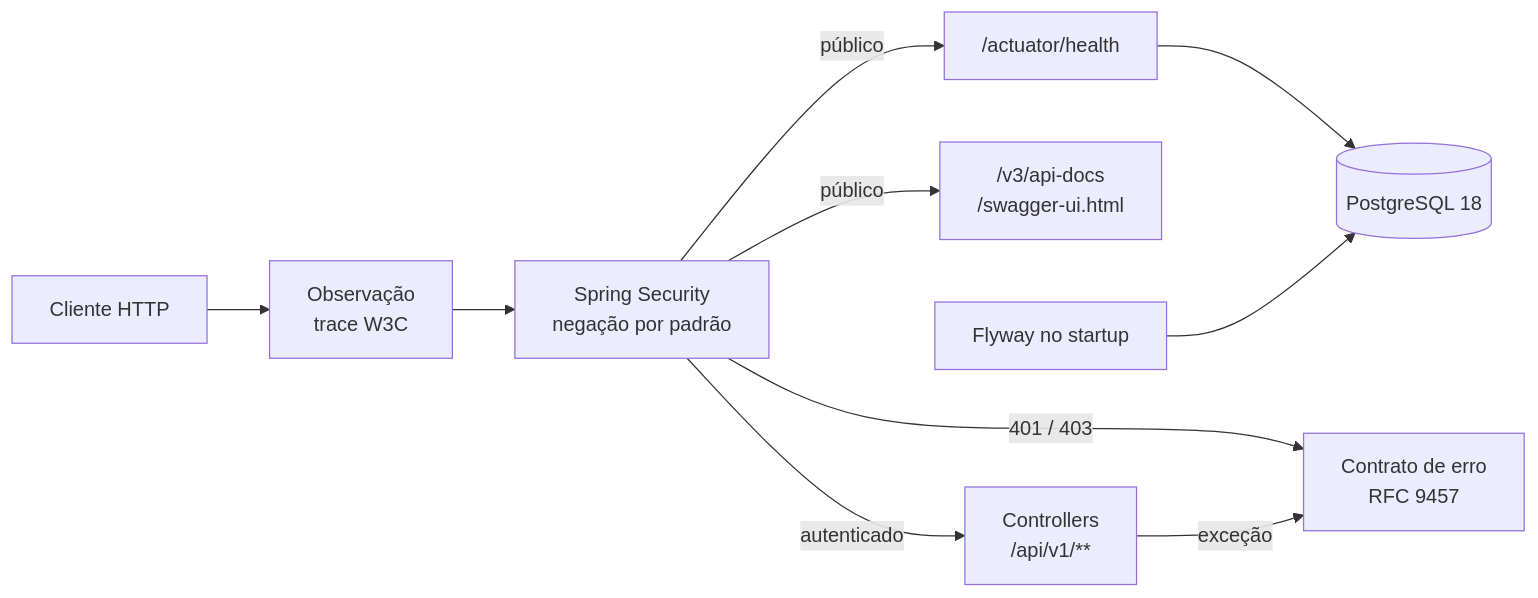
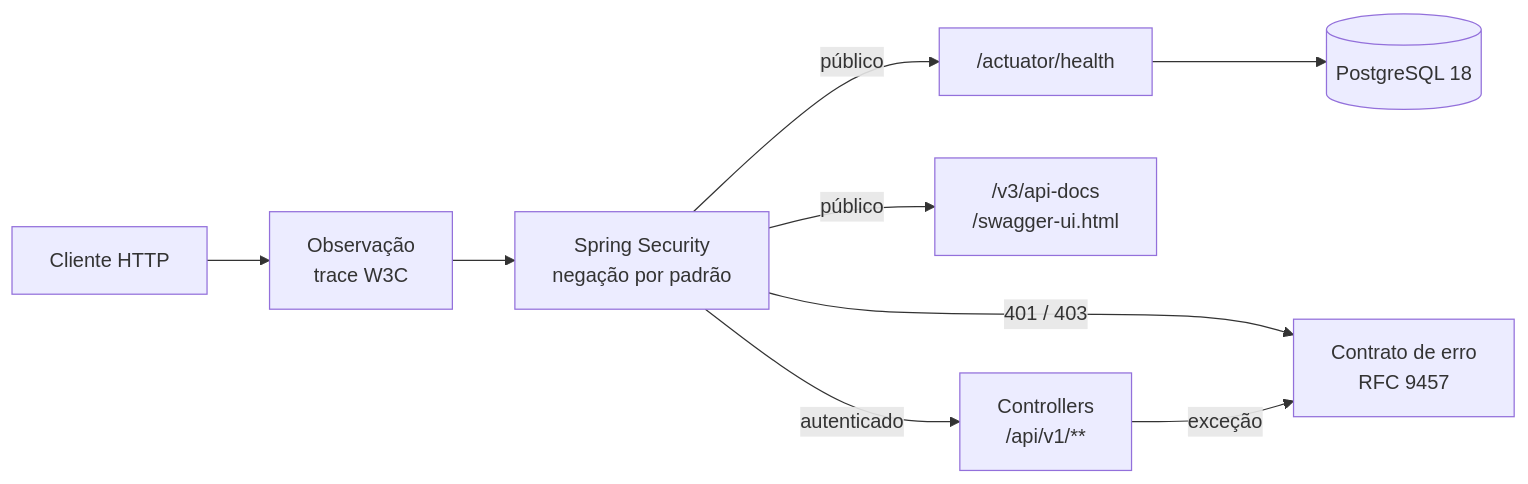
One commit to maykontardoche/nexa-finance-api changed the diagram in README.md. Above: the diagram before and after it, drawn with Mermaid. The commit also changed other lines of this file, not shown here.

````diff
--- a/README.md
+++ b/README.md
@@ -110,12 +77,11 @@
 ```mermaid
 flowchart LR
   client[Cliente HTTP] --> obs[Observação<br/>trace W3C]
   obs --> sec[Spring Security<br/>negação por padrão]
   sec -- público --> health["/actuator/health"]
   sec -- público --> docs["/v3/api-docs<br/>/swagger-ui.html"]
   sec -- autenticado --> api["Controllers<br/>/api/v1/**"]
   sec -- 401 / 403 --> problem[Contrato de erro<br/>RFC 9457]
   api -- exceção --> problem
   health --> db[(PostgreSQL 18)]
-  flyway[Flyway no startup] --> db
 ```
````
